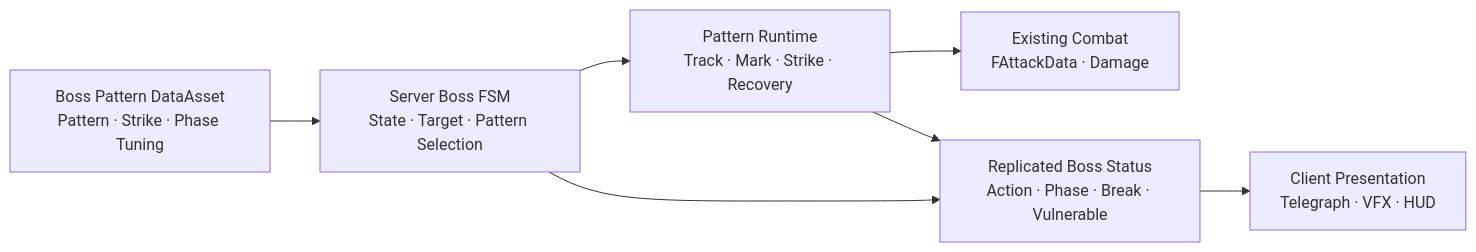
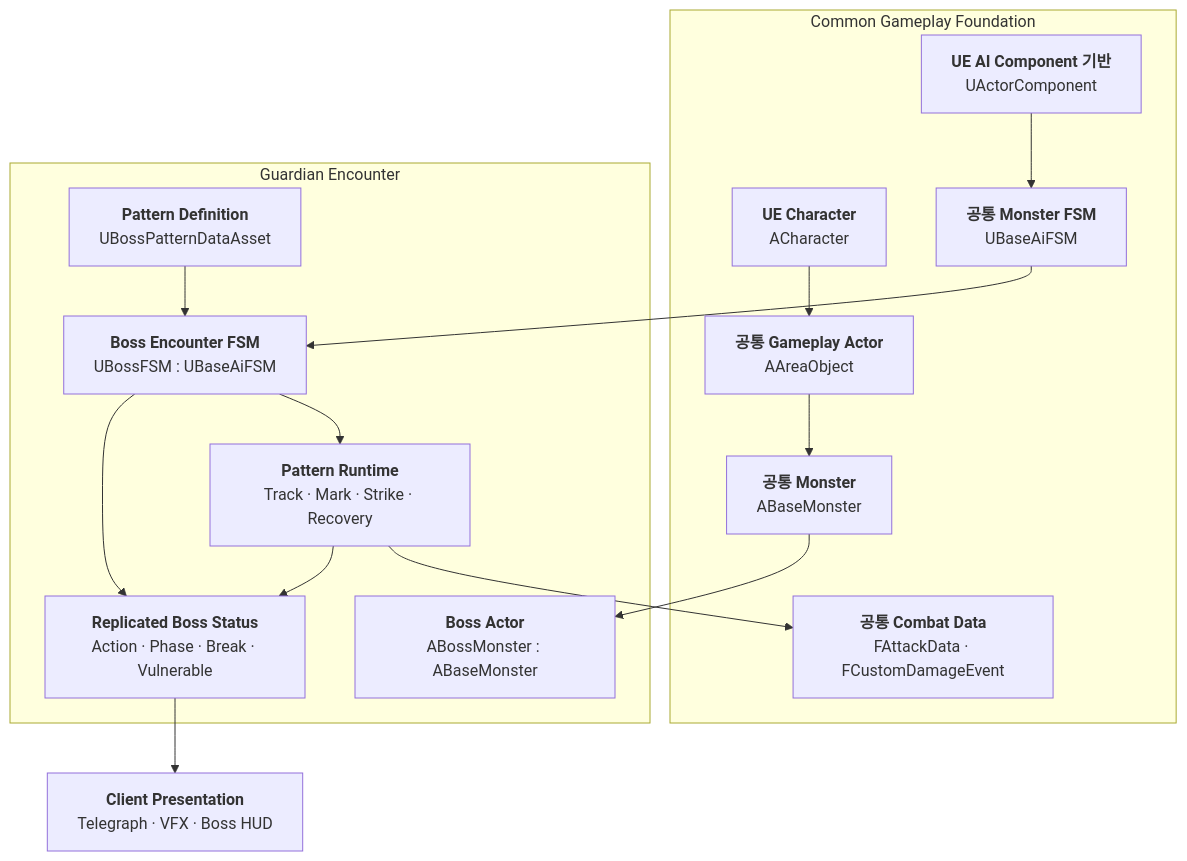
The first of 2 diagrams in Doc/Wiki/10_Boss_Encounter_Runtime.md (chungheonLee0325/Sonheim), drawn with Mermaid before and after one commit. The commit also changed other lines of this file, not shown here.

Commit message:
docs: show boss inheritance and shared combat boundaries

````diff
--- a/Doc/Wiki/10_Boss_Encounter_Runtime.md
+++ b/Doc/Wiki/10_Boss_Encounter_Runtime.md
@@ -11,16 +13,33 @@
-```mermaid
-flowchart LR
-    DATA["Boss Pattern DataAsset<br/>Pattern · Strike · Phase Tuning"]
-    FSM["Server Boss FSM<br/>State · Target · Pattern Selection"]
-    RUN["Pattern Runtime<br/>Track · Mark · Strike · Recovery"]
-    COMBAT["Existing Combat<br/>FAttackData · Damage"]
-    STATUS["Replicated Boss Status<br/>Action · Phase · Break · Vulnerable"]
-    VIEW["Client Presentation<br/>Telegraph · VFX · HUD"]
+~~~mermaid
+flowchart TB
+    subgraph COMMON["Common Gameplay Foundation"]
+        CHAR["<b>UE Character</b><br/>ACharacter"]
+        AREA["<b>공통 Gameplay Actor</b><br/>AAreaObject"]
+        MON["<b>공통 Monster</b><br/>ABaseMonster"]
+        AICOMP["<b>UE AI Component 기반</b><br/>UActorComponent"]
+        AIFSM["<b>공통 Monster FSM</b><br/>UBaseAiFSM"]
+        ATTACK["<b>공통 Combat Data</b><br/>FAttackData · FCustomDamageEvent"]
 
+        CHAR --> AREA --> MON
+        AICOMP --> AIFSM
+    end
+
+    subgraph BOSS["Guardian Encounter"]
+        ACTOR["<b>Boss Actor</b><br/>ABossMonster : ABaseMonster"]
+        FSM["<b>Boss Encounter FSM</b><br/>UBossFSM : UBaseAiFSM"]
+        DATA["<b>Pattern Definition</b><br/>UBossPatternDataAsset"]
+        RUN["<b>Pattern Runtime</b><br/>Track · Mark · Strike · Recovery"]
+        STATUS["<b>Replicated Boss Status</b><br/>Action · Phase · Break · Vulnerable"]
+    end
+
+    VIEW["<b>Client Presentation</b><br/>Telegraph · VFX · Boss HUD"]
+
+    MON --> ACTOR
+    AIFSM --> FSM
     DATA --> FSM
     FSM --> RUN
-    RUN --> COMBAT
+    RUN --> ATTACK
     FSM --> STATUS
     RUN --> STATUS
     STATUS --> VIEW
-```
+~~~
````
